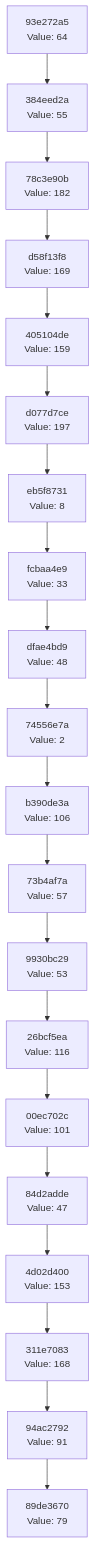
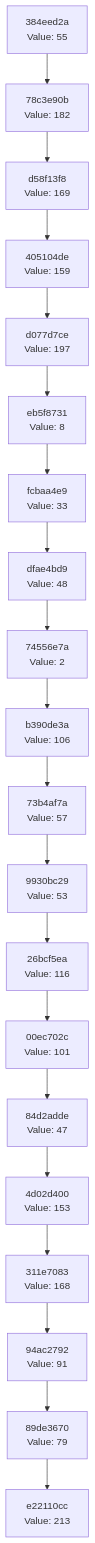
The diagram in docs/CHAIN_VISUALIZATION.md (Abhisheksinha1506/hash-chain-evolver), drawn with Mermaid before and after one commit. The commit also changed 2 other files, not shown here.

Commit message:
Evolution step: hash 0xD5 → action executed

````diff
--- a/docs/CHAIN_VISUALIZATION.md
+++ b/docs/CHAIN_VISUALIZATION.md
@@ -3,42 +3,42 @@
 ```mermaid
 graph TD
-    C0["89de3670<br/>Value: 79"]
-    C1["94ac2792<br/>Value: 91"]
+    C0["e22110cc<br/>Value: 213"]
+    C1["89de3670<br/>Value: 79"]
     C1 --> C0
-    C2["311e7083<br/>Value: 168"]
+    C2["94ac2792<br/>Value: 91"]
     C2 --> C1
-    C3["4d02d400<br/>Value: 153"]
+    C3["311e7083<br/>Value: 168"]
     C3 --> C2
-    C4["84d2adde<br/>Value: 47"]
+    C4["4d02d400<br/>Value: 153"]
     C4 --> C3
-    C5["00ec702c<br/>Value: 101"]
+    C5["84d2adde<br/>Value: 47"]
     C5 --> C4
-    C6["26bcf5ea<br/>Value: 116"]
+    C6["00ec702c<br/>Value: 101"]
     C6 --> C5
-    C7["9930bc29<br/>Value: 53"]
+    C7["26bcf5ea<br/>Value: 116"]
     C7 --> C6
-    C8["73b4af7a<br/>Value: 57"]
+    C8["9930bc29<br/>Value: 53"]
     C8 --> C7
-    C9["b390de3a<br/>Value: 106"]
+    C9["73b4af7a<br/>Value: 57"]
     C9 --> C8
-    C10["74556e7a<br/>Value: 2"]
+    C10["b390de3a<br/>Value: 106"]
     C10 --> C9
-    C11["dfae4bd9<br/>Value: 48"]
+    C11["74556e7a<br/>Value: 2"]
     C11 --> C10
-    C12["fcbaa4e9<br/>Value: 33"]
+    C12["dfae4bd9<br/>Value: 48"]
     C12 --> C11
-    C13["eb5f8731<br/>Value: 8"]
+    C13["fcbaa4e9<br/>Value: 33"]
     C13 --> C12
-    C14["d077d7ce<br/>Value: 197"]
+    C14["eb5f8731<br/>Value: 8"]
     C14 --> C13
-    C15["405104de<br/>Value: 159"]
+    C15["d077d7ce<br/>Value: 197"]
     C15 --> C14
-    C16["d58f13f8<br/>Value: 169"]
+    C16["405104de<br/>Value: 159"]
     C16 --> C15
-    C17["78c3e90b<br/>Value: 182"]
+    C17["d58f13f8<br/>Value: 169"]
     C17 --> C16
-    C18["384eed2a<br/>Value: 55"]
+    C18["78c3e90b<br/>Value: 182"]
     C18 --> C17
-    C19["93e272a5<br/>Value: 64"]
+    C19["384eed2a<br/>Value: 55"]
     C19 --> C18
 ```
````
